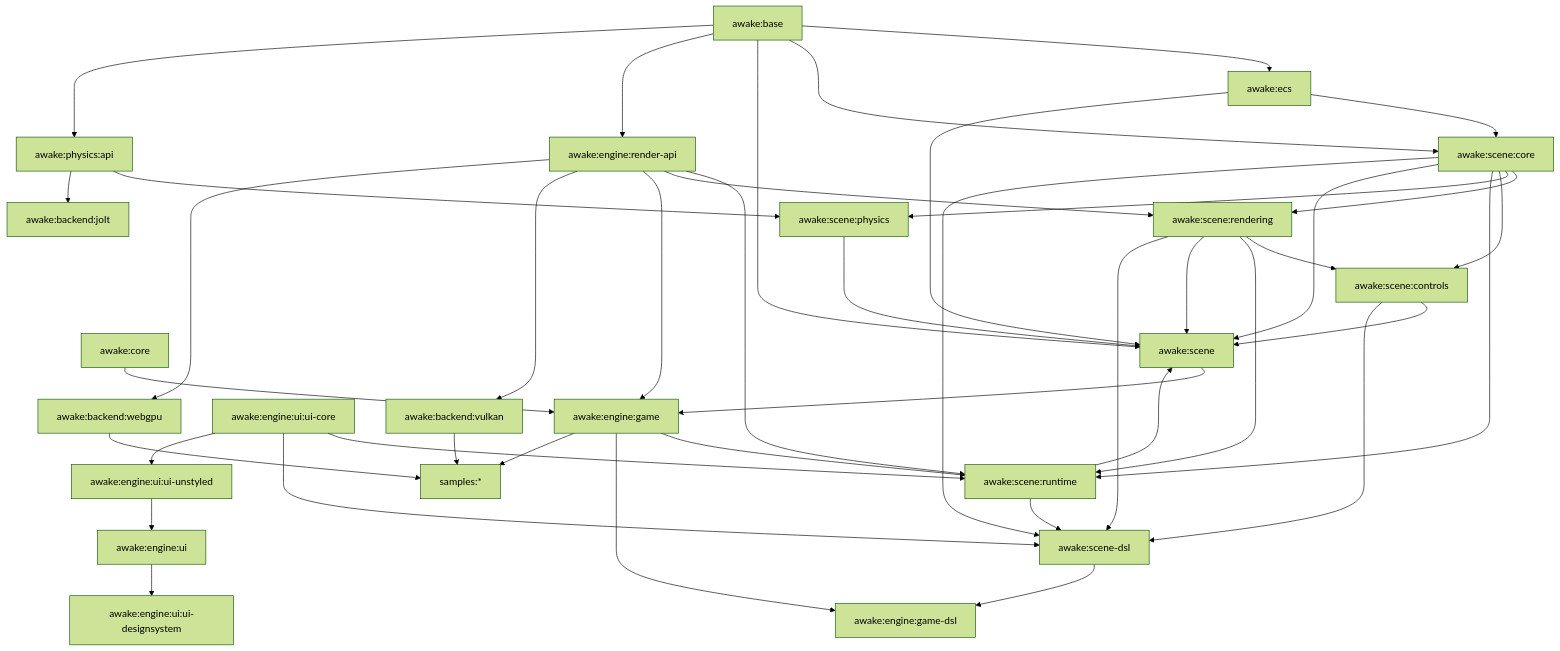
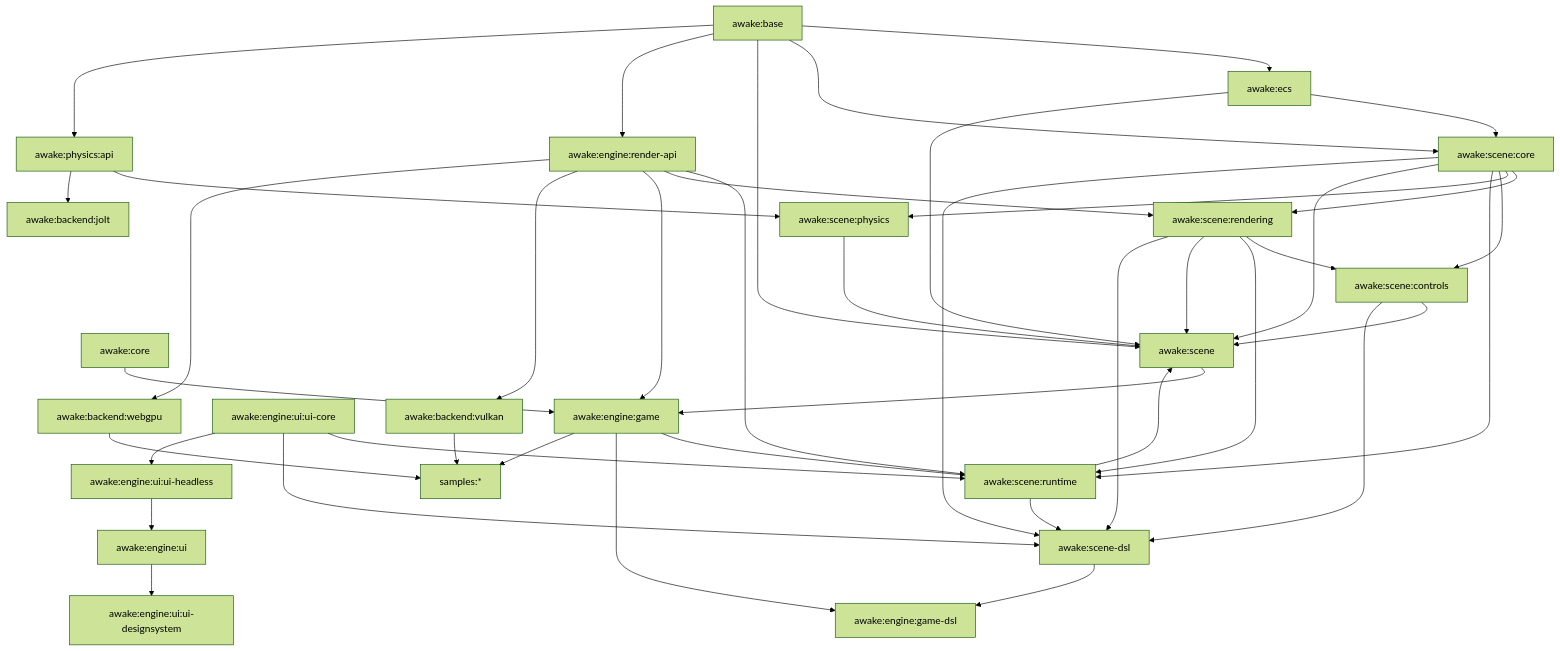
The diagram in docs/architecture.md (awake-lab/awake), drawn with Mermaid (forest theme) before and after one commit. The commit also changed other lines of this file and 213 other files, not shown here.

First line of the commit message:
refactor(ui): rename ui-unstyled module and package to ui-headless

````diff
--- a/docs/architecture.md
+++ b/docs/architecture.md
@@ -18,68 +18,68 @@
 ```mermaid
 flowchart TD
     base["awake:base"]
     core["awake:core"]
     ecs["awake:ecs"]
     scene["awake:scene"]
     sceneCore["awake:scene:core"]
     sceneControls["awake:scene:controls"]
     scenePhysics["awake:scene:physics"]
     sceneRendering["awake:scene:rendering"]
     sceneRuntime["awake:scene:runtime"]
     sceneDsl["awake:scene-dsl"]
     render["awake:engine:render-api"]
     game["awake:engine:game"]
     gameDsl["awake:engine:game-dsl"]
     physicsApi["awake:physics:api"]
     jolt["awake:backend:jolt"]
     uiCore["awake:engine:ui:ui-core"]
-    uiWidgets["awake:engine:ui:ui-unstyled"]
+    uiWidgets["awake:engine:ui:ui-headless"]
     ui["awake:engine:ui"]
     uiDs["awake:engine:ui:ui-designsystem"]
     vulkan["awake:backend:vulkan"]
     webgpu["awake:backend:webgpu"]
     samples["samples:*"]
 
     core --> game
     base --> ecs
     base --> sceneCore
     base --> scene
     base --> render
     base --> physicsApi
     ecs --> sceneCore
     ecs --> scene
     sceneCore --> sceneRendering
     sceneCore --> scenePhysics
     sceneCore --> sceneControls
     sceneRendering --> sceneControls
     sceneCore --> sceneRuntime
     sceneRendering --> sceneRuntime
     render --> sceneRuntime
     game --> sceneRuntime
     uiCore --> sceneRuntime
     render --> sceneRendering
     physicsApi --> scenePhysics
     sceneCore --> scene
     scenePhysics --> scene
     sceneRendering --> scene
     sceneControls --> scene
     sceneRuntime --> scene
     sceneCore --> sceneDsl
     sceneRendering --> sceneDsl
     sceneControls --> sceneDsl
     sceneRuntime --> sceneDsl
     uiCore --> sceneDsl
     render --> game
     scene --> game
     game --> gameDsl
     sceneDsl --> gameDsl
     physicsApi --> jolt
     uiCore --> uiWidgets
     uiWidgets --> ui
     ui --> uiDs
     game --> samples
     render --> vulkan
     render --> webgpu
     vulkan --> samples
     webgpu --> samples
 ```
````
